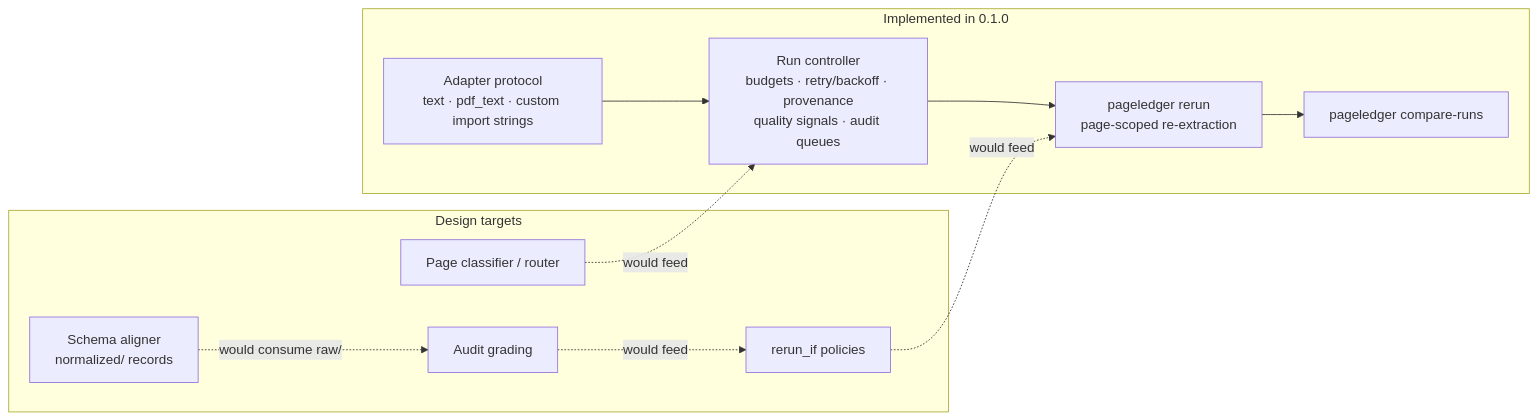
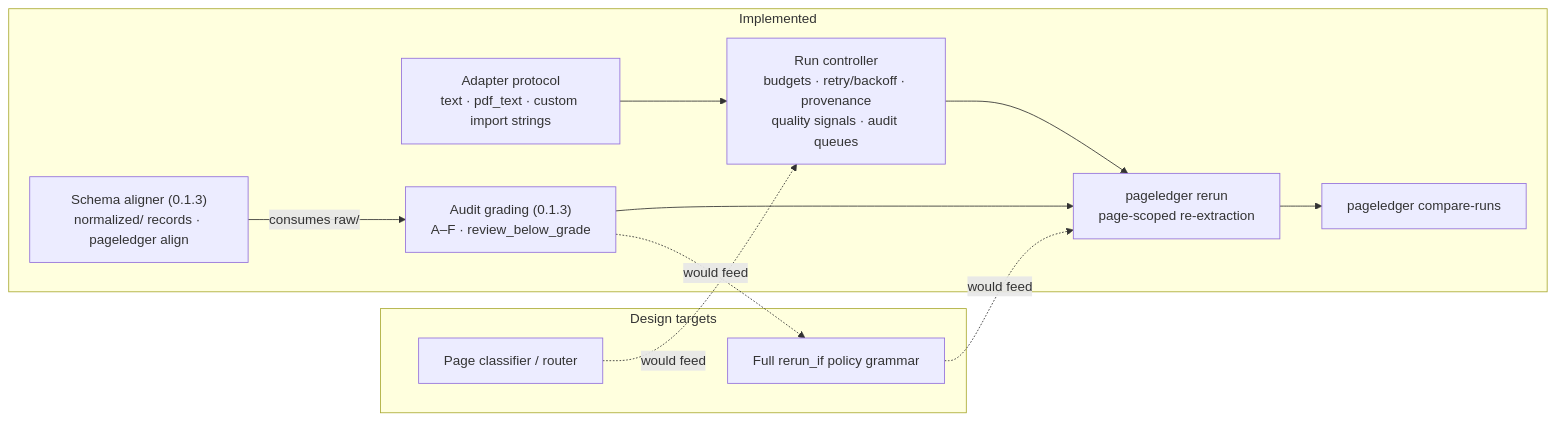
Before and after one commit to peterbussch/pageledger: the diagram in docs/design.md, drawn with Mermaid. The commit also changed other lines of this file and 19 other files, not shown here.

````diff
--- a/docs/design.md
+++ b/docs/design.md
@@ -12,20 +14,21 @@
 ```mermaid
 flowchart LR
-    subgraph Shipped["Implemented in 0.1.0"]
+    subgraph Shipped["Implemented"]
         RC["Run controller<br/>budgets · retry/backoff · provenance<br/>quality signals · audit queues"]
         AP["Adapter protocol<br/>text · pdf_text · custom import strings"]
+        SA["Schema aligner (0.1.3)<br/>normalized/ records · pageledger align"]
+        AG["Audit grading (0.1.3)<br/>A–F · review_below_grade"]
         RR["pageledger rerun<br/>page-scoped re-extraction"]
         CMP["pageledger compare-runs"]
     end
     subgraph Targets["Design targets"]
         CL["Page classifier / router"]
-        SA["Schema aligner<br/>normalized/ records"]
-        AG["Audit grading"]
-        RIF["rerun_if policies"]
+        RIF["Full rerun_if policy grammar"]
     end
     CL -. "would feed" .-> RC
     RC --> RR --> CMP
     AP --> RC
-    SA -. "would consume raw/" .-> AG
+    SA -- "consumes raw/" --> AG
+    AG --> RR
     AG -. "would feed" .-> RIF -. "would feed" .-> RR
 ```
````
